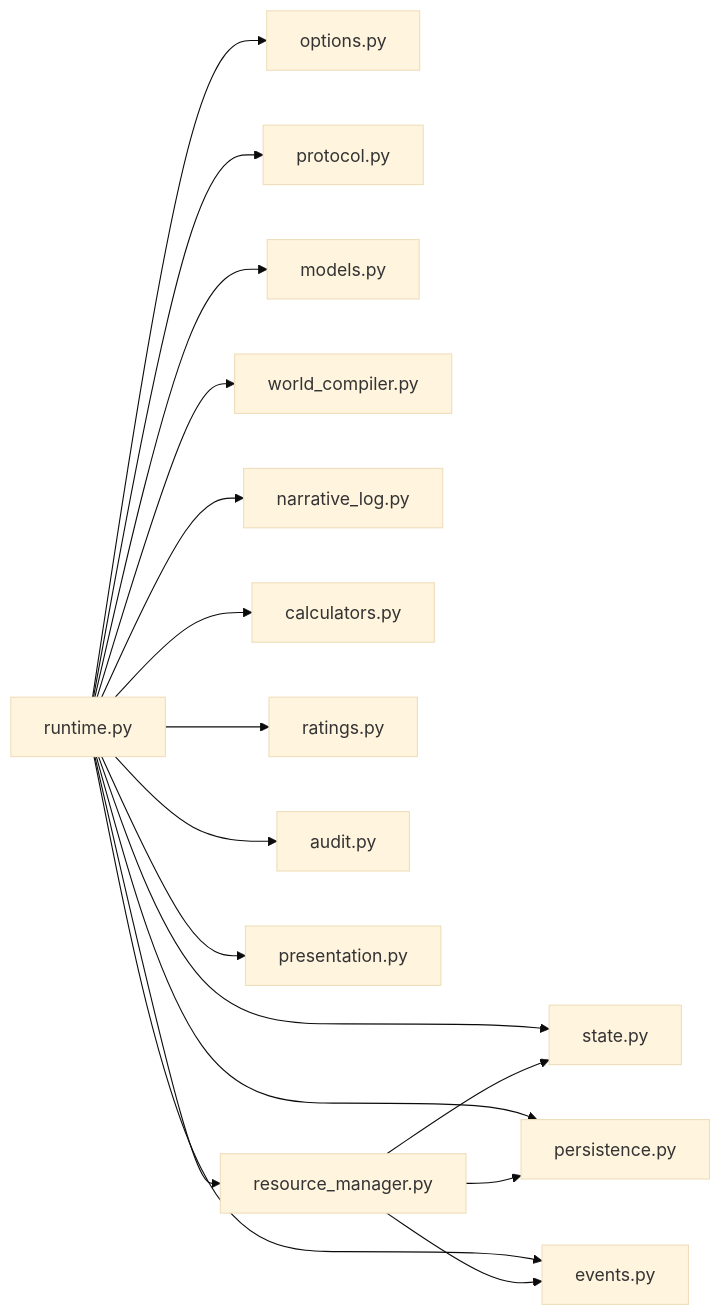
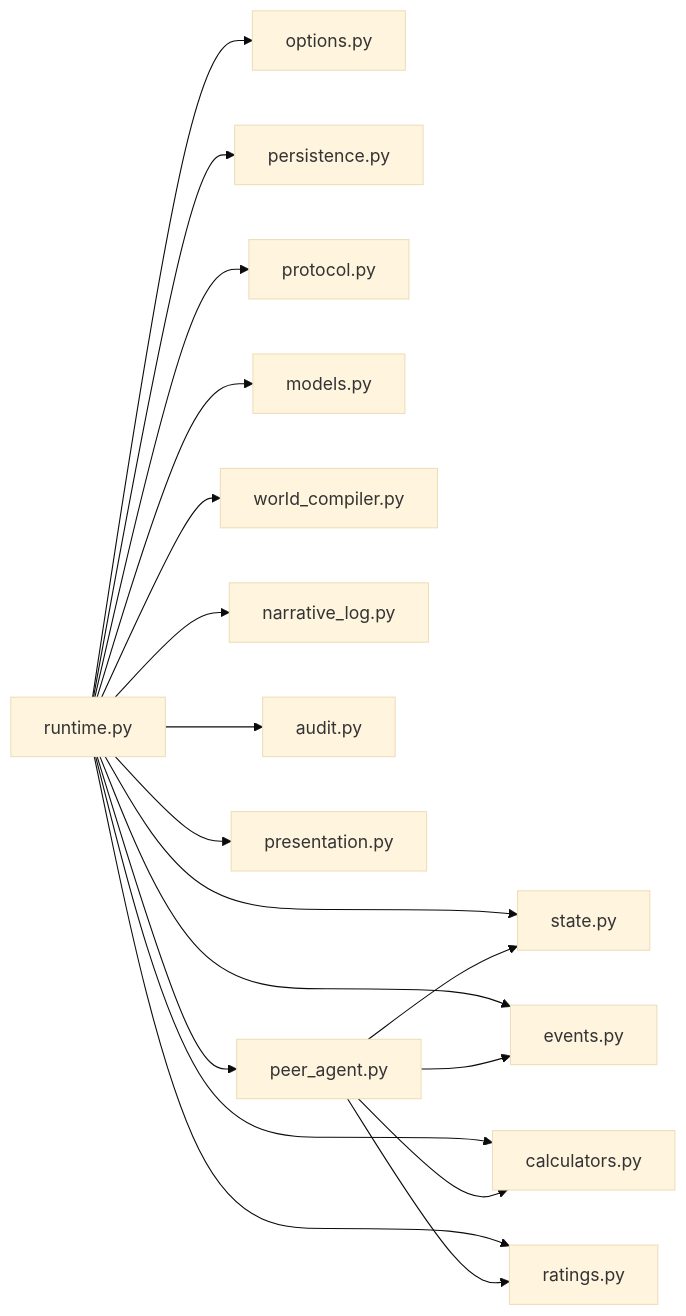
Diagram 12 of 12 in .qoder/repowiki/zh/content/运行时系统/运行时核心.md (Ivandanslespace/thegreatnovel), drawn with Mermaid (base theme) before and after one commit. The commit also changed other lines of this file and 100 other files, not shown here.

````diff
--- a/.qoder/repowiki/zh/content/运行时系统/运行时核心.md
+++ b/.qoder/repowiki/zh/content/运行时系统/运行时核心.md
@@ -589,19 +578,20 @@
 ```mermaid
 graph LR
 RT["runtime.py"] --> OPT["options.py"]
 RT --> ST["state.py"]
 RT --> PERS["persistence.py"]
 RT --> EVT["events.py"]
 RT --> PROTO["protocol.py"]
 RT --> MODELS["models.py"]
 RT --> WC["world_compiler.py"]
 RT --> NL["narrative_log.py"]
 RT --> CALC["calculators.py"]
 RT --> RAT["ratings.py"]
 RT --> AUD["audit.py"]
 RT --> PRE["presentation.py"]
-RT --> RM["resource_manager.py"]
-RM --> ST
-RM --> PERS
-RM --> EVT
+RT --> PA["peer_agent.py"]
+PA --> ST
+PA --> EVT
+PA --> CALC
+PA --> RAT
 ```
````
